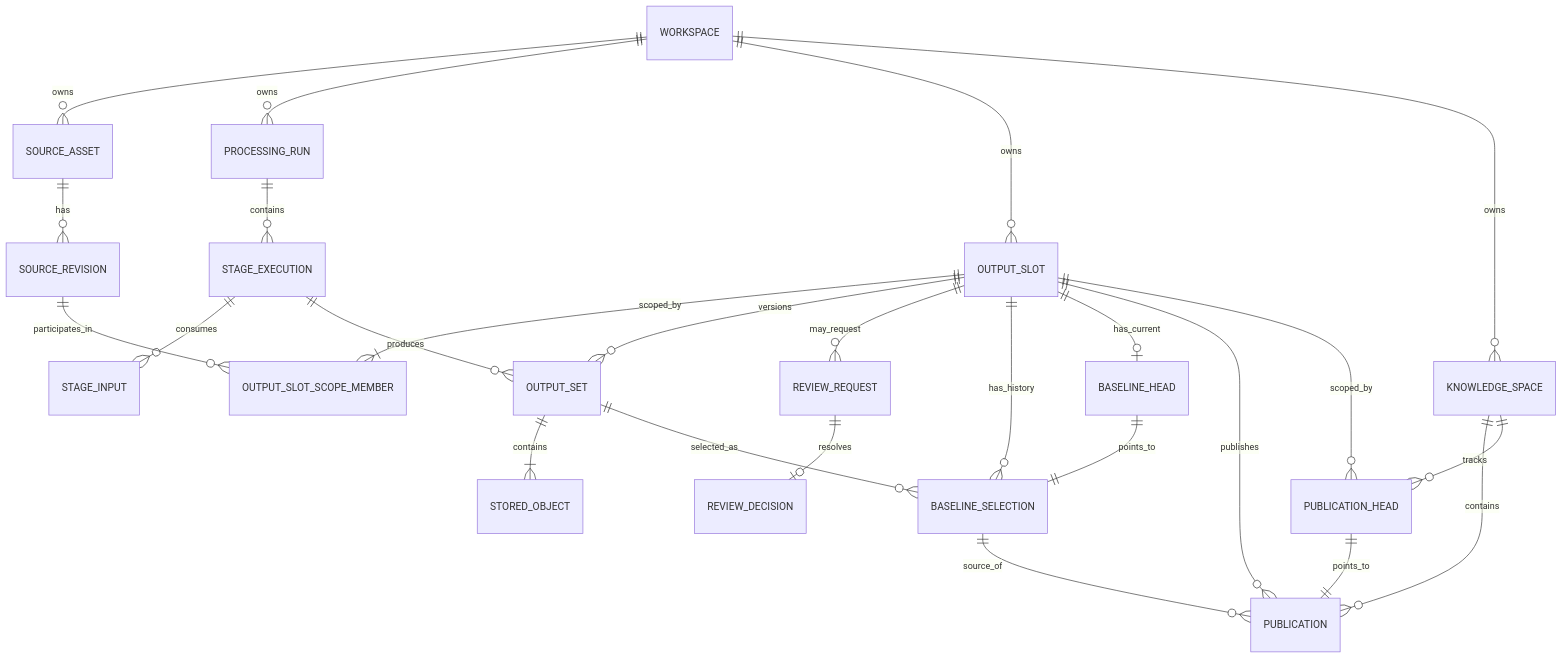
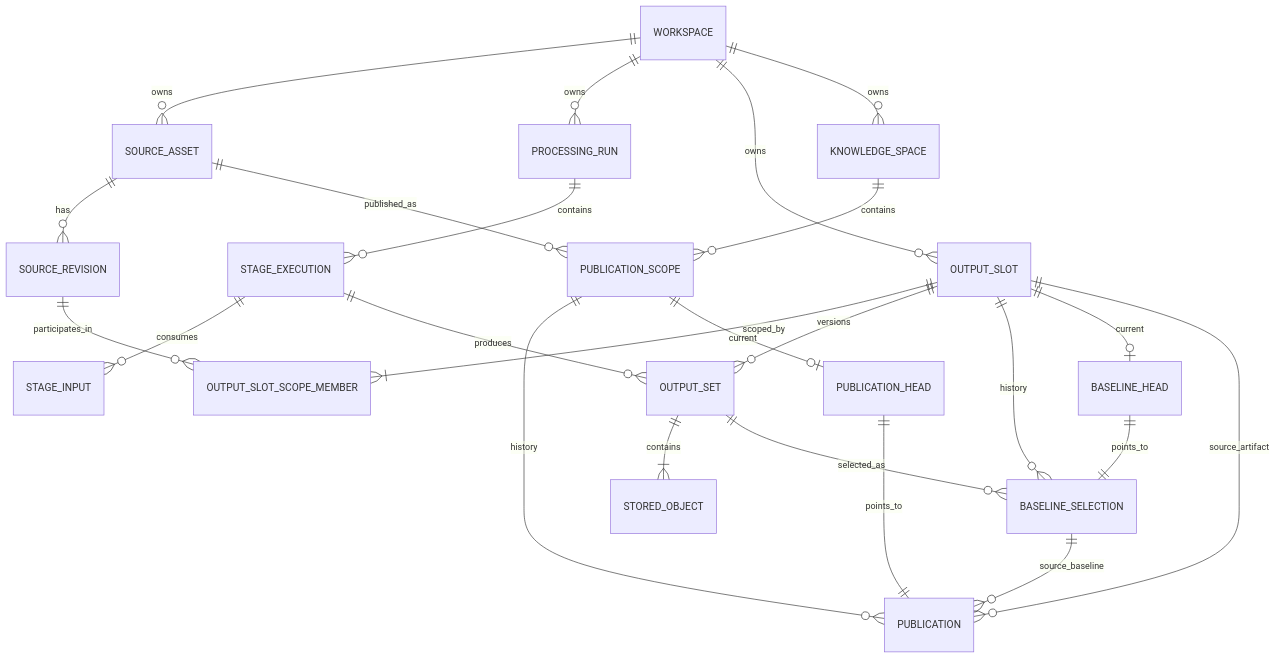
One commit to lechihuy-droid/bd-chunk-project changed the diagram in poc/database-design/03_logical_data_model.md. Above: the diagram before and after it, drawn with Mermaid. The commit also changed other lines of this file and 1 other file, not shown here.

````diff
--- a/poc/database-design/03_logical_data_model.md
+++ b/poc/database-design/03_logical_data_model.md
@@ -598,33 +536,30 @@
 ```mermaid
 erDiagram
     WORKSPACE ||--o{ SOURCE_ASSET : owns
     SOURCE_ASSET ||--o{ SOURCE_REVISION : has
 
     WORKSPACE ||--o{ PROCESSING_RUN : owns
     PROCESSING_RUN ||--o{ STAGE_EXECUTION : contains
     STAGE_EXECUTION ||--o{ STAGE_INPUT : consumes
     STAGE_EXECUTION ||--o{ OUTPUT_SET : produces
 
     WORKSPACE ||--o{ OUTPUT_SLOT : owns
     OUTPUT_SLOT ||--|{ OUTPUT_SLOT_SCOPE_MEMBER : scoped_by
     SOURCE_REVISION ||--o{ OUTPUT_SLOT_SCOPE_MEMBER : participates_in
-
     OUTPUT_SLOT ||--o{ OUTPUT_SET : versions
     OUTPUT_SET ||--|{ STORED_OBJECT : contains
 
-    OUTPUT_SLOT ||--o{ REVIEW_REQUEST : may_request
-    REVIEW_REQUEST ||--o| REVIEW_DECISION : resolves
-
-    OUTPUT_SLOT ||--o{ BASELINE_SELECTION : has_history
+    OUTPUT_SLOT ||--o{ BASELINE_SELECTION : history
     OUTPUT_SET ||--o{ BASELINE_SELECTION : selected_as
-    OUTPUT_SLOT ||--o| BASELINE_HEAD : has_current
+    OUTPUT_SLOT ||--o| BASELINE_HEAD : current
     BASELINE_HEAD ||--|| BASELINE_SELECTION : points_to
 
     WORKSPACE ||--o{ KNOWLEDGE_SPACE : owns
-    KNOWLEDGE_SPACE ||--o{ PUBLICATION : contains
-    OUTPUT_SLOT ||--o{ PUBLICATION : publishes
-    BASELINE_SELECTION ||--o{ PUBLICATION : source_of
-    KNOWLEDGE_SPACE ||--o{ PUBLICATION_HEAD : tracks
-    OUTPUT_SLOT ||--o{ PUBLICATION_HEAD : scoped_by
+    KNOWLEDGE_SPACE ||--o{ PUBLICATION_SCOPE : contains
+    SOURCE_ASSET ||--o{ PUBLICATION_SCOPE : published_as
+    PUBLICATION_SCOPE ||--o{ PUBLICATION : history
+    OUTPUT_SLOT ||--o{ PUBLICATION : source_artifact
+    BASELINE_SELECTION ||--o{ PUBLICATION : source_baseline
+    PUBLICATION_SCOPE ||--o| PUBLICATION_HEAD : current
     PUBLICATION_HEAD ||--|| PUBLICATION : points_to
 ```
````
